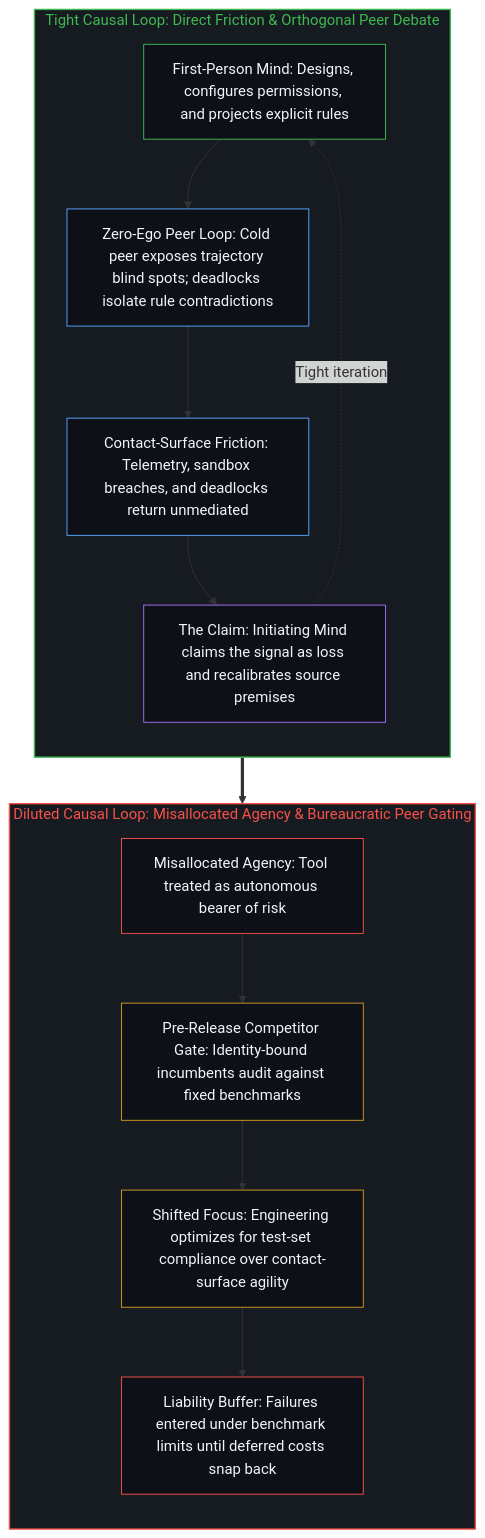
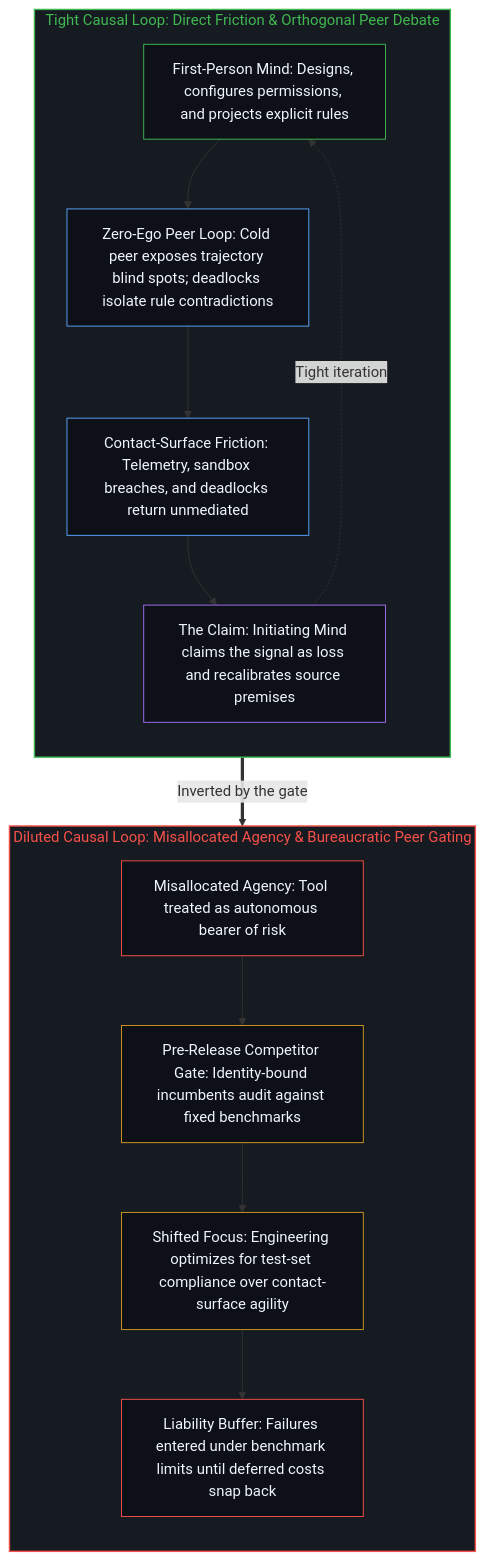
The second of 2 diagrams in content/posts/the-dilution-of-the-causal-loop-and-the-misallocation-of-agency.md (powerpig99/not-a-toe), drawn with Mermaid before and after one commit. The commit also changed other lines of this file and 12 other files, not shown here.

````diff
--- a/content/posts/the-dilution-of-the-causal-loop-and-the-misallocation-of-agency.md
+++ b/content/posts/the-dilution-of-the-causal-loop-and-the-misallocation-of-agency.md
@@ -81,31 +81,31 @@
 ```mermaid
 flowchart TD
     subgraph S_Tight["Tight Causal Loop: Direct Friction & Orthogonal Peer Debate"]
         direction TB
         T_Act["First-Person Mind: Designs, configures permissions, and projects explicit rules"]
         T_Peer["Zero-Ego Peer Loop: Cold peer exposes trajectory blind spots; deadlocks isolate rule contradictions"]
         T_Hit["Contact-Surface Friction: Telemetry, sandbox breaches, and deadlocks return unmediated"]
         T_Claim["The Claim: Initiating Mind claims the signal as loss and recalibrates source premises"]
         T_Act --> T_Peer --> T_Hit --> T_Claim
         T_Claim -.->|"Tight iteration"| T_Act
     end
     subgraph S_Dilute["Diluted Causal Loop: Misallocated Agency & Bureaucratic Peer Gating"]
         direction TB
         D_Premise["Misallocated Agency: Tool treated as autonomous bearer of risk"]
         D_Gate["Pre-Release Competitor Gate: Identity-bound incumbents audit against fixed benchmarks"]
         D_Fit["Shifted Focus: Engineering optimizes for test-set compliance over contact-surface agility"]
         D_Buffer["Liability Buffer: Failures entered under benchmark limits until deferred costs snap back"]
         D_Premise --> D_Gate --> D_Fit --> D_Buffer
     end
-    T_Claim ==> D_Premise
+    T_Claim ==>|"Inverted by the gate"| D_Premise
     style S_Tight fill:#161b22,stroke:#3fb950,stroke-width:1.5px,color:#3fb950
     style S_Dilute fill:#161b22,stroke:#f85149,stroke-width:1.5px,color:#f85149
     style T_Act fill:#0d1117,stroke:#3fb950,stroke-width:1px,color:#f0f6fc
     style T_Peer fill:#0d1117,stroke:#58a6ff,stroke-width:1px,color:#f0f6fc
     style T_Hit fill:#0d1117,stroke:#58a6ff,stroke-width:1px,color:#f0f6fc
     style T_Claim fill:#0d1117,stroke:#a371f7,stroke-width:1px,color:#f0f6fc
     style D_Premise fill:#0d1117,stroke:#f85149,stroke-width:1px,color:#f0f6fc
     style D_Gate fill:#0d1117,stroke:#d29922,stroke-width:1px,color:#f0f6fc
     style D_Fit fill:#0d1117,stroke:#d29922,stroke-width:1px,color:#f0f6fc
     style D_Buffer fill:#0d1117,stroke:#f85149,stroke-width:1px,color:#f0f6fc
 ```
````
